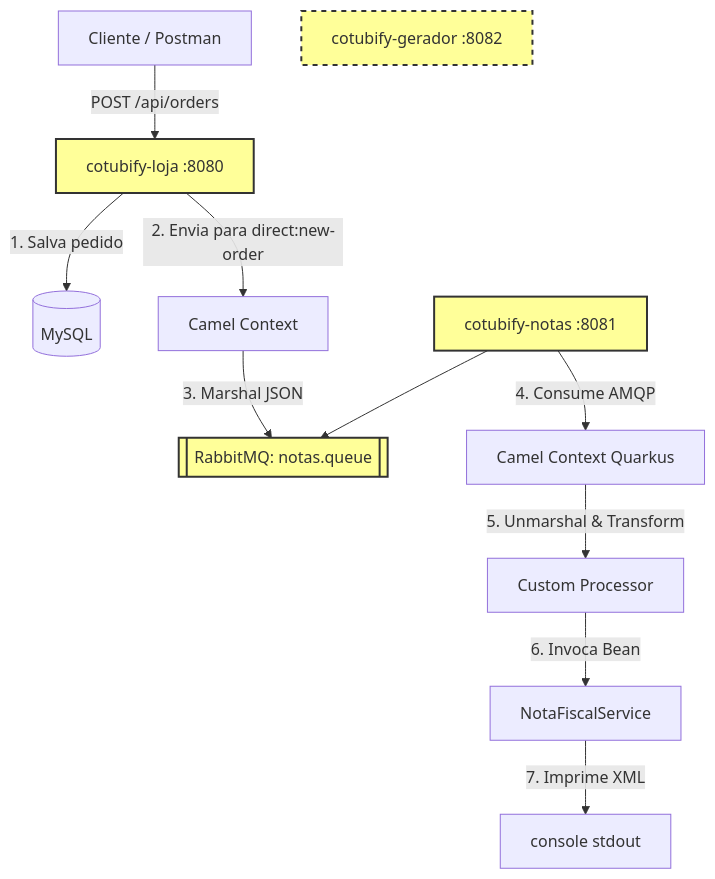
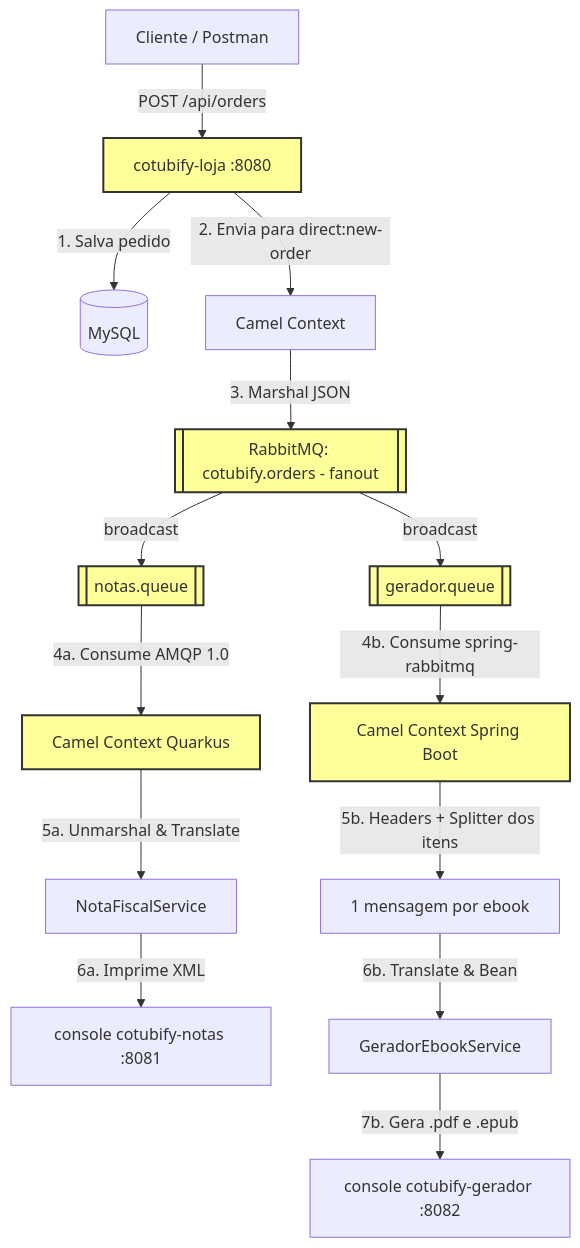
Before and after one commit to unipds-projetos/live-intro-camel: the second of 2 diagrams in README.md, drawn with Mermaid. The commit also changed other lines of this file and 3 other files, not shown here.

````diff
--- a/README.md
+++ b/README.md
@@ -220,23 +286,25 @@
 ```mermaid
 graph TD
     Client[Cliente / Postman] -->|POST /api/orders| Loja[cotubify-loja :8080]
     Loja -->|1. Salva pedido| MySQL[(MySQL)]
     Loja -->|2. Envia para direct:new-order| CamelLoja[Camel Context]
-    CamelLoja -->|3. Marshal JSON| RabbitMQ[[RabbitMQ: notas.queue]]
-    
-    Notas[cotubify-notas :8081] --> RabbitMQ
-    Notas -->|4. Consume AMQP| CamelNotas[Camel Context Quarkus]
-    CamelNotas -->|5. Unmarshal & Transform| Process[Custom Processor]
-    Process -->|6. Invoca Bean| Service[NotaFiscalService]
-    Service -->|7. Imprime XML| Console[console stdout]
+    CamelLoja -->|3. Marshal JSON| Exchange[[RabbitMQ: cotubify.orders - fanout]]
+
+    Exchange -->|broadcast| FilaNotas[[notas.queue]]
+    Exchange -->|broadcast| FilaGerador[[gerador.queue]]
+
+    FilaNotas -->|4a. Consume AMQP 1.0| CamelNotas[Camel Context Quarkus]
+    CamelNotas -->|5a. Unmarshal & Translate| Service[NotaFiscalService]
+    Service -->|6a. Imprime XML| ConsoleNotas[console cotubify-notas :8081]
+
+    FilaGerador -->|4b. Consume spring-rabbitmq| CamelGerador[Camel Context Spring Boot]
+    CamelGerador -->|5b. Headers + Splitter dos itens| SplitGerador[1 mensagem por ebook]
+    SplitGerador -->|6b. Translate & Bean| ServiceGerador[GeradorEbookService]
+    ServiceGerador -->|7b. Gera .pdf e .epub| ConsoleGerador[console cotubify-gerador :8082]
 
     classDef integrated fill:#ff9,stroke:#333,stroke-width:2px;
-    class Loja,Notas integrated;
+    class Loja,CamelNotas,CamelGerador integrated;
 
     classDef broker fill:#ff9,stroke:#333,stroke-width:2px;
-    class RabbitMQ broker;
-    
-    Gerador[cotubify-gerador :8082]
-    classDef unintegrated fill:#ff9,stroke:#333,stroke-width:2px,stroke-dasharray: 5 5;
-    class Gerador unintegrated;
+    class Exchange,FilaNotas,FilaGerador broker;
 ```
````
